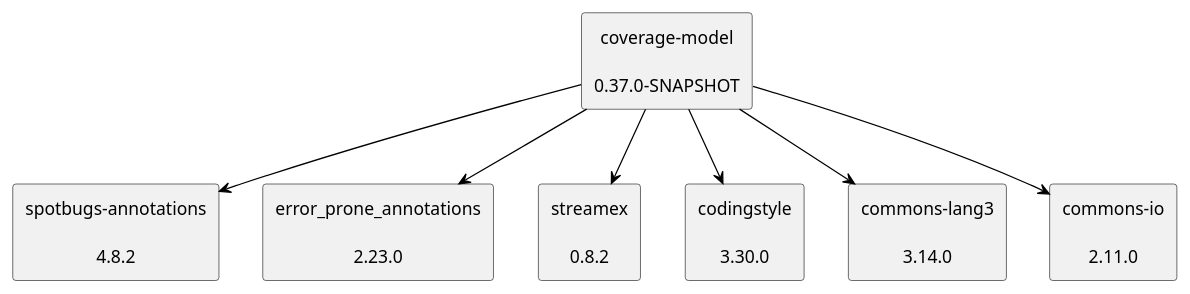
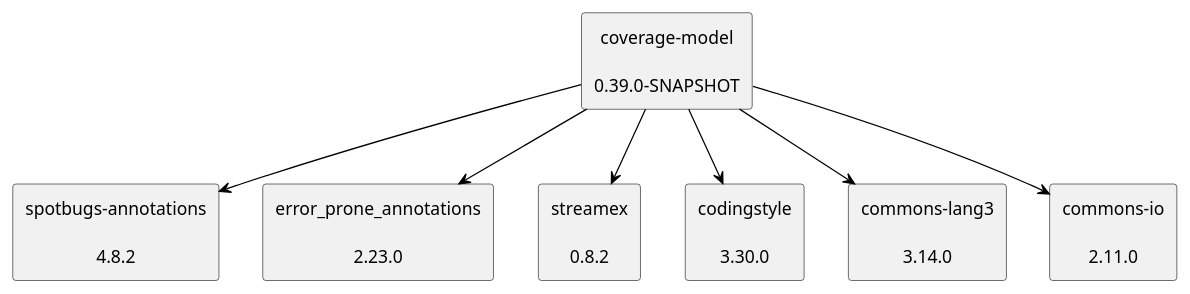
One commit to jenkinsci/coverage-model changed the diagram in doc/dependency-graph.puml. Above: the diagram before and after it, drawn with PlantUML. The commit also changed 1 other file, not shown here.

```diff
--- a/doc/dependency-graph.puml
+++ b/doc/dependency-graph.puml
@@ -1,22 +1,22 @@
 @startuml
 skinparam defaultTextAlignment center
 skinparam rectangle {
   BackgroundColor<<optional>> beige
   BackgroundColor<<test>> lightGreen
   BackgroundColor<<runtime>> lightBlue
   BackgroundColor<<provided>> lightGray
 }
-rectangle "coverage-model\n\n0.37.0-SNAPSHOT" as edu_hm_hafner_coverage_model_jar
+rectangle "coverage-model\n\n0.39.0-SNAPSHOT" as edu_hm_hafner_coverage_model_jar
 rectangle "spotbugs-annotations\n\n4.8.2" as com_github_spotbugs_spotbugs_annotations_jar
 rectangle "error_prone_annotations\n\n2.23.0" as com_google_errorprone_error_prone_annotations_jar
 rectangle "streamex\n\n0.8.2" as one_util_streamex_jar
 rectangle "codingstyle\n\n3.30.0" as edu_hm_hafner_codingstyle_jar
 rectangle "commons-lang3\n\n3.14.0" as org_apache_commons_commons_lang3_jar
 rectangle "commons-io\n\n2.11.0" as commons_io_commons_io_jar
 edu_hm_hafner_coverage_model_jar -[#000000]-> com_github_spotbugs_spotbugs_annotations_jar
 edu_hm_hafner_coverage_model_jar -[#000000]-> com_google_errorprone_error_prone_annotations_jar
 edu_hm_hafner_coverage_model_jar -[#000000]-> one_util_streamex_jar
 edu_hm_hafner_coverage_model_jar -[#000000]-> edu_hm_hafner_codingstyle_jar
 edu_hm_hafner_coverage_model_jar -[#000000]-> org_apache_commons_commons_lang3_jar
 edu_hm_hafner_coverage_model_jar -[#000000]-> commons_io_commons_io_jar
 @enduml
```
